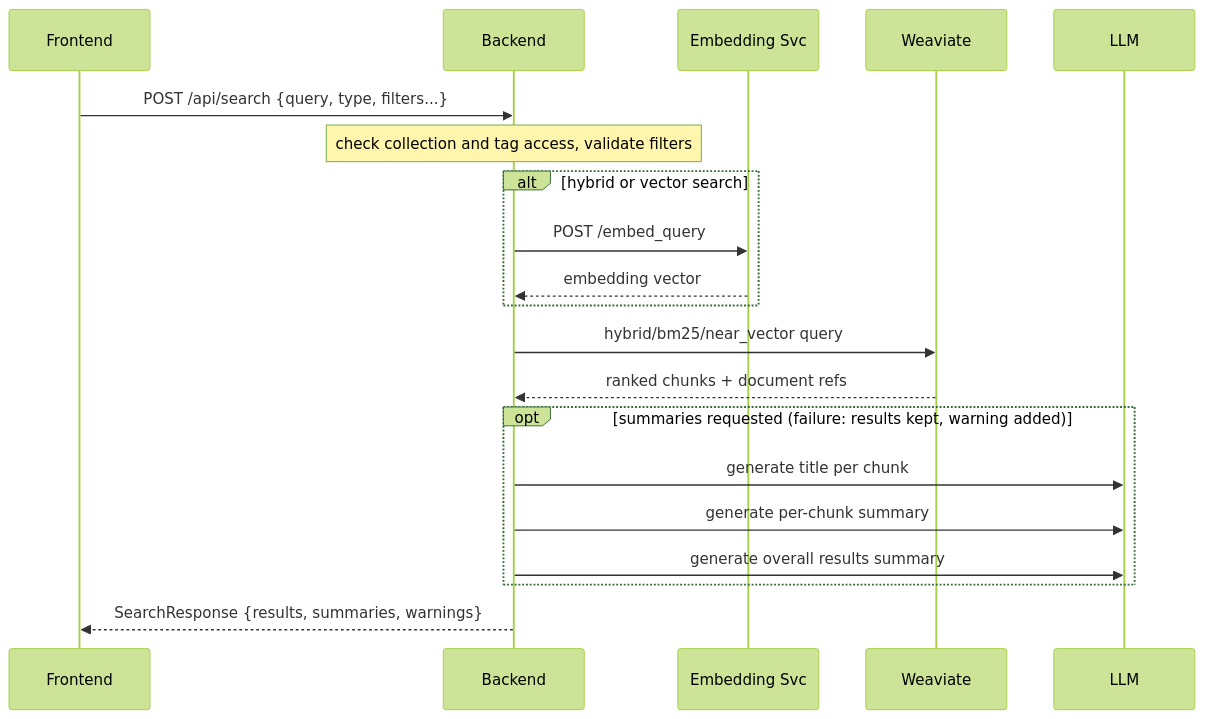
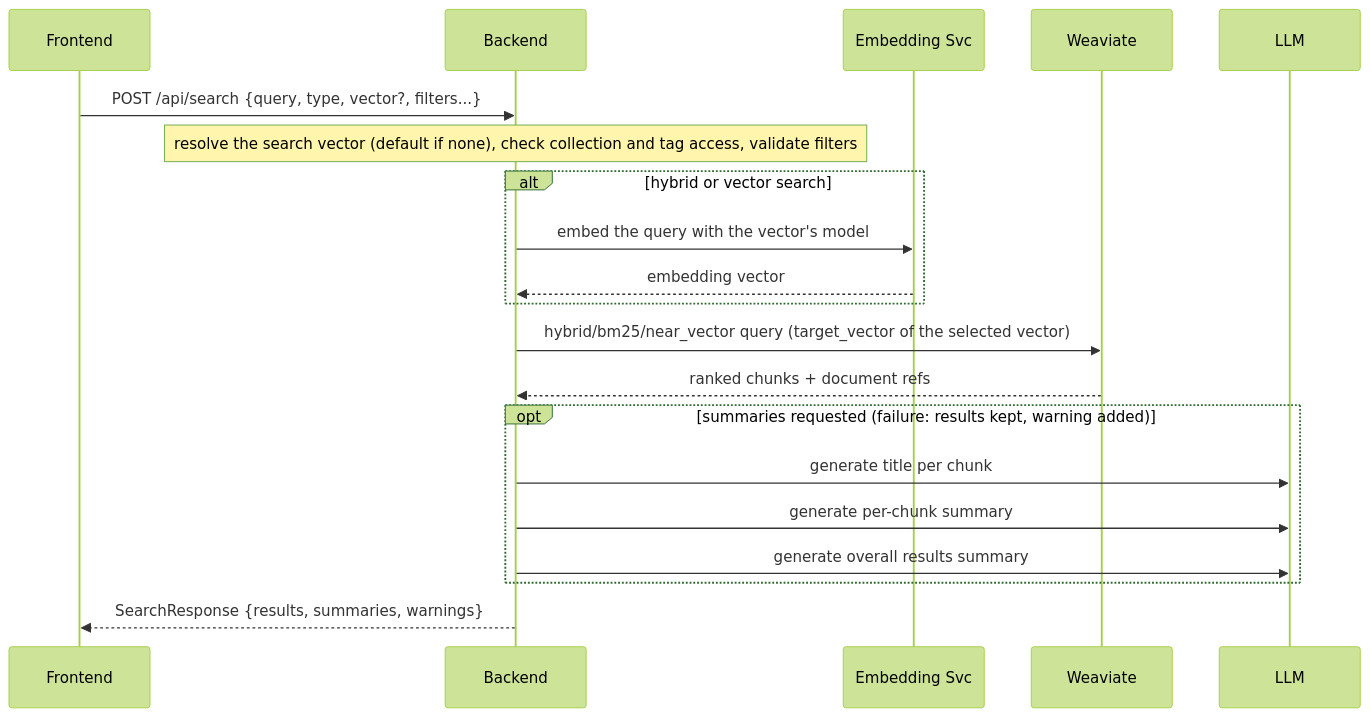
The third of 5 diagrams in docs/ARCHITECTURE.md (DCGM/semant-demo), drawn with Mermaid (forest theme) before and after one commit. The commit also changed other lines of this file and 45 other files, not shown here.

````diff
--- a/docs/ARCHITECTURE.md
+++ b/docs/ARCHITECTURE.md
@@ -235,23 +237,23 @@
 ```mermaid
 sequenceDiagram
     participant FE as Frontend
     participant BE as Backend
     participant EMB as Embedding Svc
     participant WV as Weaviate
     participant LLM as LLM
 
-    FE->>BE: POST /api/search {query, type, filters...}
-    Note over BE: check collection and tag access, validate filters
+    FE->>BE: POST /api/search {query, type, vector?, filters...}
+    Note over BE: resolve the search vector (default if none), check collection and tag access, validate filters
     alt hybrid or vector search
-        BE->>EMB: POST /embed_query
+        BE->>EMB: embed the query with the vector's model
         EMB-->>BE: embedding vector
     end
-    BE->>WV: hybrid/bm25/near_vector query
+    BE->>WV: hybrid/bm25/near_vector query (target_vector of the selected vector)
     WV-->>BE: ranked chunks + document refs
     opt summaries requested (failure: results kept, warning added)
         BE->>LLM: generate title per chunk
         BE->>LLM: generate per-chunk summary
         BE->>LLM: generate overall results summary
     end
     BE-->>FE: SearchResponse {results, summaries, warnings}
 ```
````
